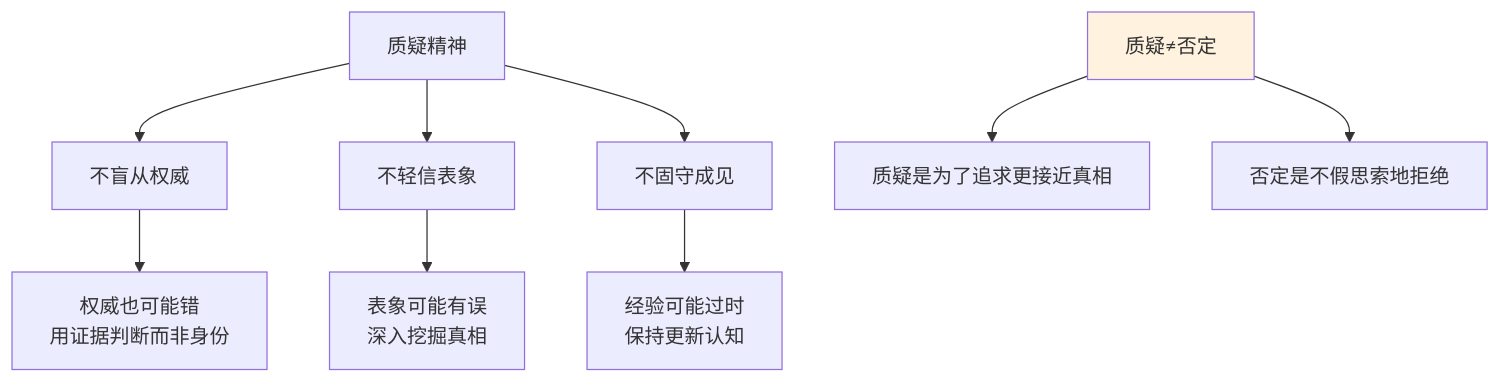
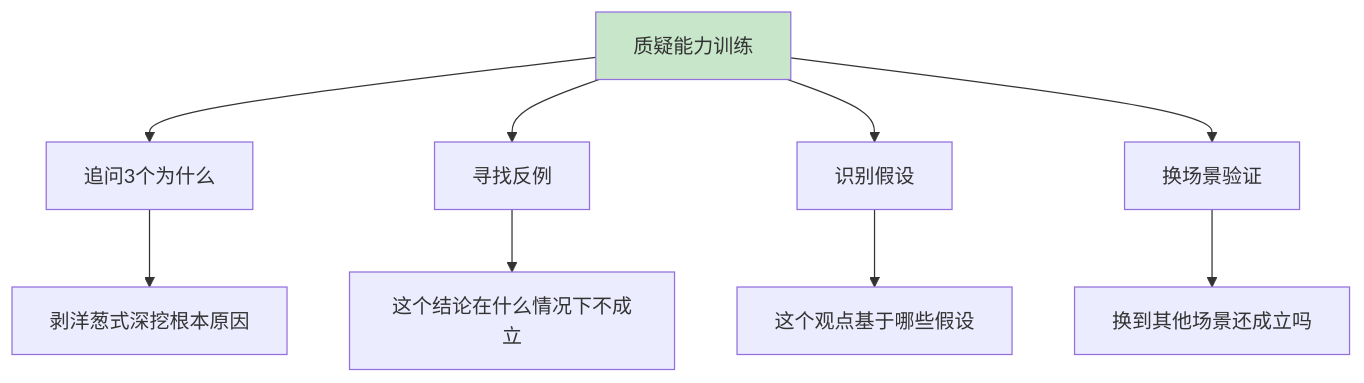
The third of 7 diagrams in 10.打工充平常记录/10.自我精进七课/07.底层思维的训练/7.5质疑精神的分析.md (chongyang211/YCBookBlog), drawn with Mermaid before and after one commit. The commit also changed other lines of this file and 55 other files, not shown here.

````diff
--- a/10.打工充平常记录/10.自我精进七课/07.底层思维的训练/7.5质疑精神的分析.md
+++ b/10.打工充平常记录/10.自我精进七课/07.底层思维的训练/7.5质疑精神的分析.md
@@ -150,12 +106,12 @@
 ```mermaid
 graph TD
-    A[质疑精神] --> B[不盲从权威]
-    A --> C[不轻信表象]
-    A --> D[不固守成见]
-    B --> B1[权威也可能错<br>用证据判断而非身份]
-    C --> C1[表象可能有误<br>深入挖掘真相]
-    D --> D1[经验可能过时<br>保持更新认知]
-    E[质疑≠否定] --> E1[质疑是为了追求更接近真相]
-    E --> E2[否定是不假思索地拒绝]
-    style E fill:#fff3e0
+    A[质疑能力训练] --> B[追问3个为什么]
+    A --> C[寻找反例]
+    A --> D[识别假设]
+    A --> E[换场景验证]
+    B --> B1[剥洋葱式深挖根本原因]
+    C --> C1[这个结论在什么情况下不成立]
+    D --> D1[这个观点基于哪些假设]
+    E --> E1[换到其他场景还成立吗]
+    style A fill:#c8e6c9
 ```
````
